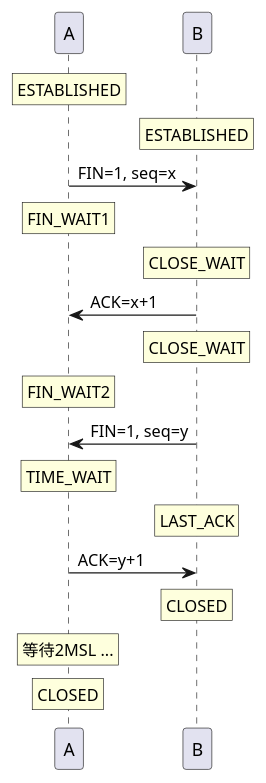
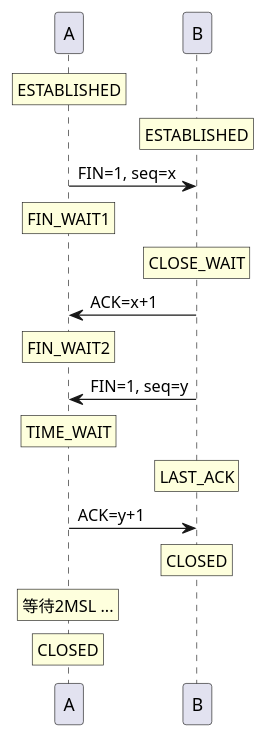
The second of 3 diagrams in source/_posts/noodle_plan.md (no5ix/no5ix.github.io), drawn with PlantUML before and after one commit. The commit also changed other lines of this file, not shown here.

````diff
--- a/source/_posts/noodle_plan.md
+++ b/source/_posts/noodle_plan.md
@@ -902,17 +900,16 @@
 ```puml
 rnote over A : ESTABLISHED
 rnote over B : ESTABLISHED
 A -> B : FIN=1, seq=x
 rnote over A : FIN_WAIT1
 rnote over B : CLOSE_WAIT
 A <- B : ACK=x+1
-rnote over B : CLOSE_WAIT
 rnote over A : FIN_WAIT2
 A <- B : FIN=1, seq=y
 rnote over A : TIME_WAIT
 rnote over B : LAST_ACK
 A -> B : ACK=y+1
 rnote over B : CLOSED
 rnote over A : 等待2MSL ...
 rnote over A : CLOSED
 ```
````
